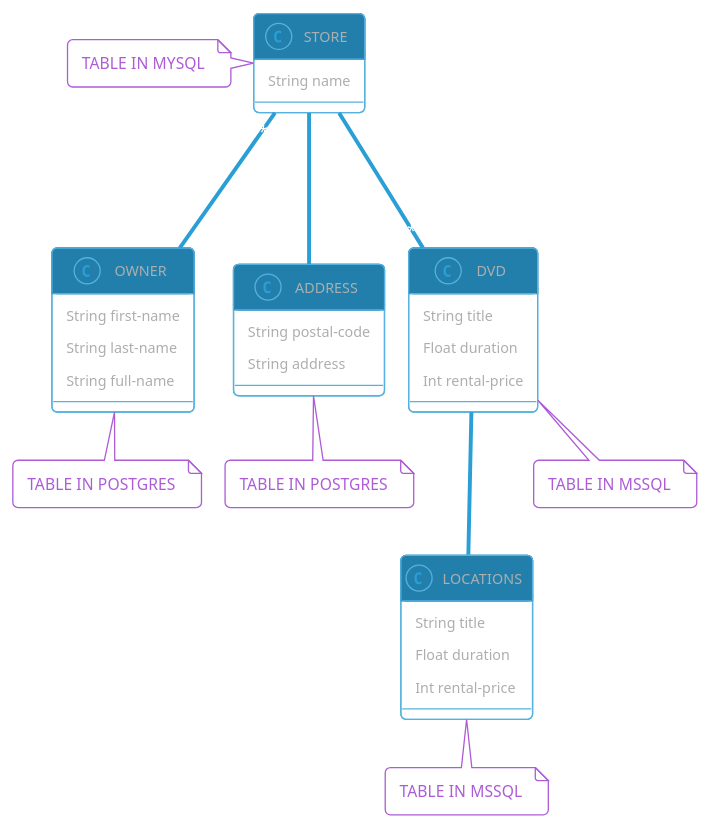
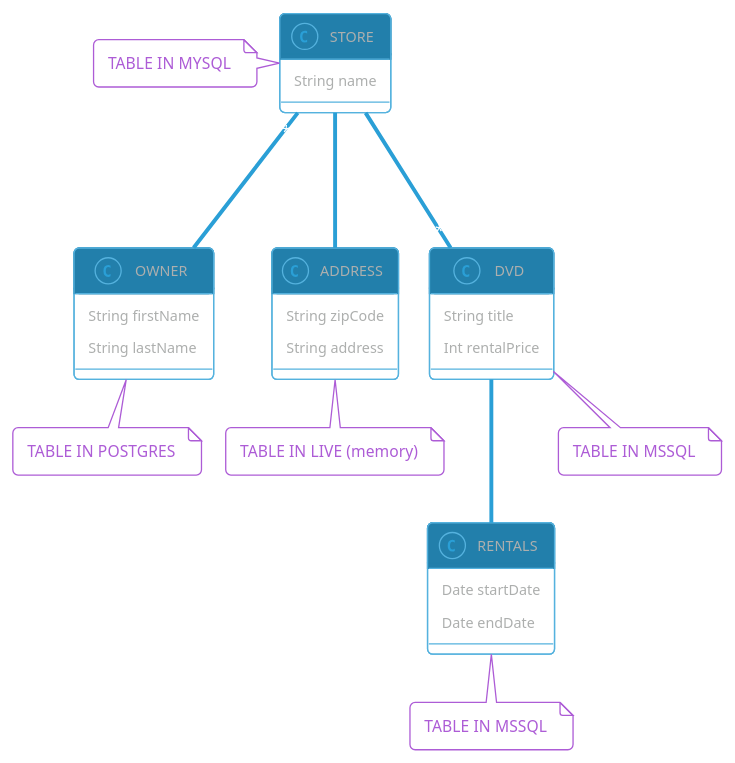
The diagram in packages/_example/uml.puml (ForestAdmin/agent-nodejs), drawn with PlantUML before and after one commit. The commit also changed 14 other files, not shown here.

```diff
--- a/packages/_example/uml.puml
+++ b/packages/_example/uml.puml
@@ -1,52 +1,49 @@
 @startuml
 !pragma layout smetana
 !theme cyborg-outline
 
 class STORE {
   String name
 }
 
 class OWNER {
-  String first-name
-  String last-name
-  String full-name
+  String firstName
+  String lastName
 }
 
 class ADDRESS {
-  String postal-code
+  String zipCode
   String address
 }
 
 class DVD {
   String title
-  Float duration
-  Int rental-price
+  Int rentalPrice
 }
 
-class LOCATIONS {
-  String title
-  Float duration
-  Int rental-price
+class RENTALS {
+  Date startDate
+  Date endDate
 }
 
 class STORE
 note left: TABLE IN MYSQL
 
 class OWNER
 note bottom: TABLE IN POSTGRES
 
 class ADDRESS
-note bottom: TABLE IN POSTGRES
+note bottom: TABLE IN LIVE (memory)
 
 class DVD
 note bottom: TABLE IN MSSQL
 
-class LOCATIONS
+class RENTALS
 note bottom: TABLE IN MSSQL
 
 STORE "*" --- "1" OWNER : has
 STORE "1" --- "*" DVD : has
-DVD "*" --- "*" LOCATIONS : has
+DVD "*" --- "*" RENTALS : has
 STORE "1" --- "1" ADDRESS : has
 
 @enduml
```
